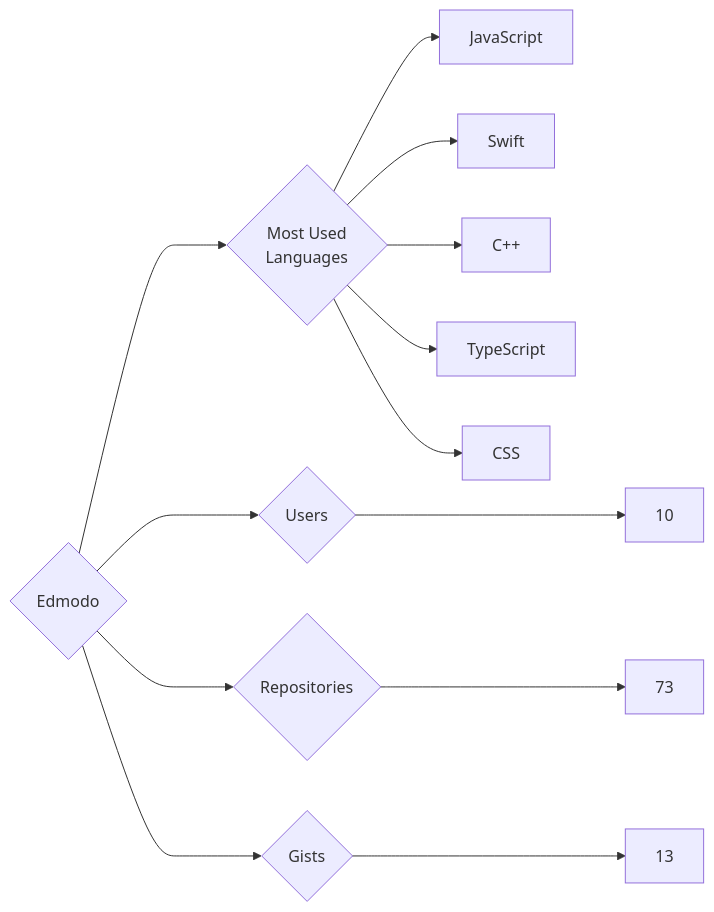
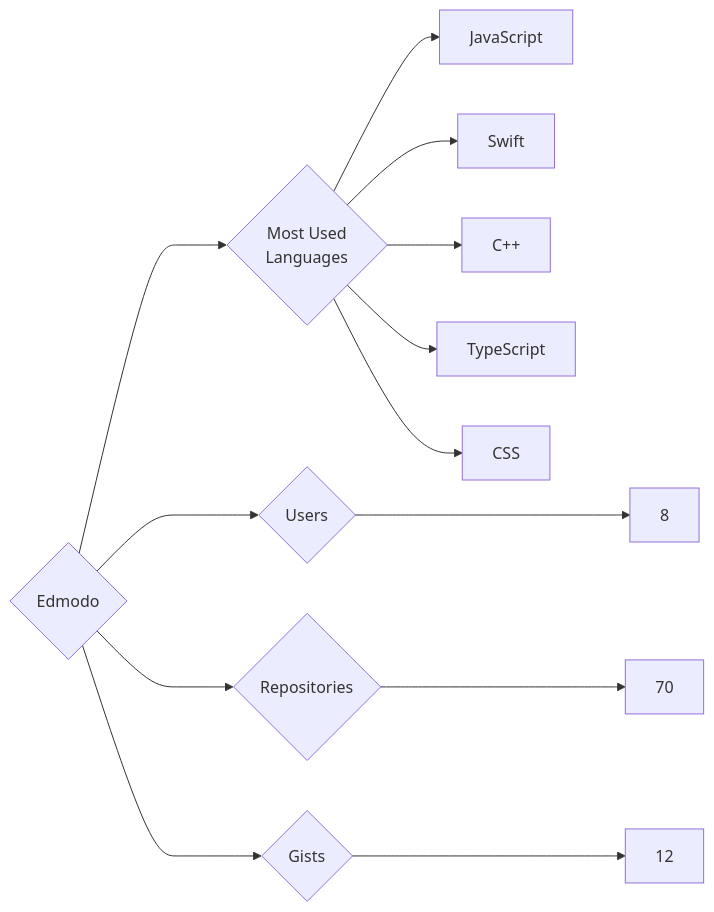
The diagram in targets/Edmodo/README.md (trickest/insiders), drawn with Mermaid before and after one commit. The commit also changed 1055 other files, not shown here.

````diff
--- a/targets/Edmodo/README.md
+++ b/targets/Edmodo/README.md
@@ -3,13 +3,13 @@
 ```mermaid
 graph LR
 COMPANY_NAME{Edmodo}
-COMPANY_NAME ---> U{Users} ---> UN[10]
-COMPANY_NAME ---> R{Repositories} ---> RN[73]
-COMPANY_NAME ---> G{Gists} ---> GN[13]
+COMPANY_NAME ---> U{Users} ---> UN[8]
+COMPANY_NAME ---> R{Repositories} ---> RN[70]
+COMPANY_NAME ---> G{Gists} ---> GN[12]
 COMPANY_NAME ---> ML{Most Used<br>Languages}
 ML --> JavaScript[JavaScript]
 ML --> Swift[Swift]
 ML --> C++[C++]
 ML --> TypeScript[TypeScript]
 ML --> CSS[CSS]
 ```
````
